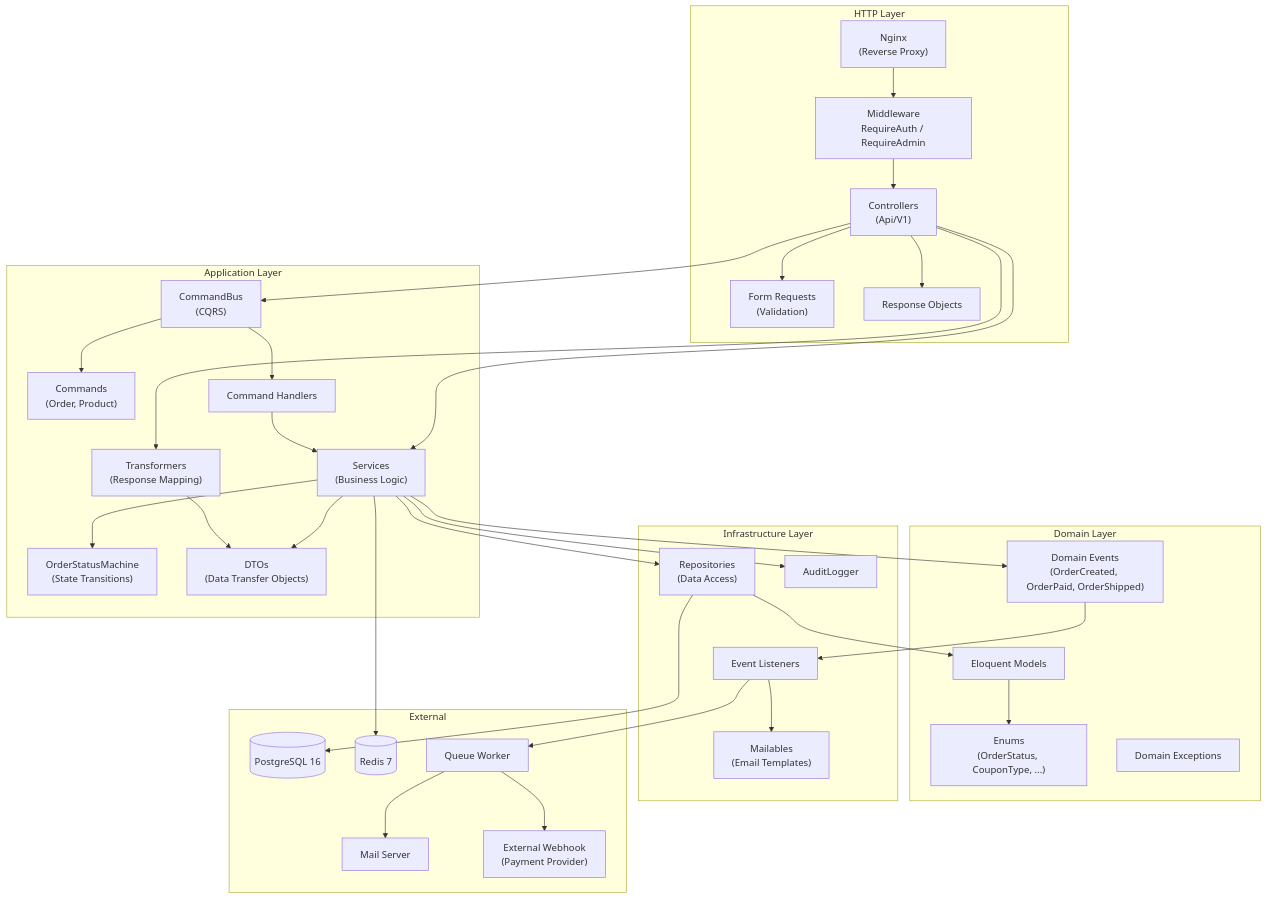
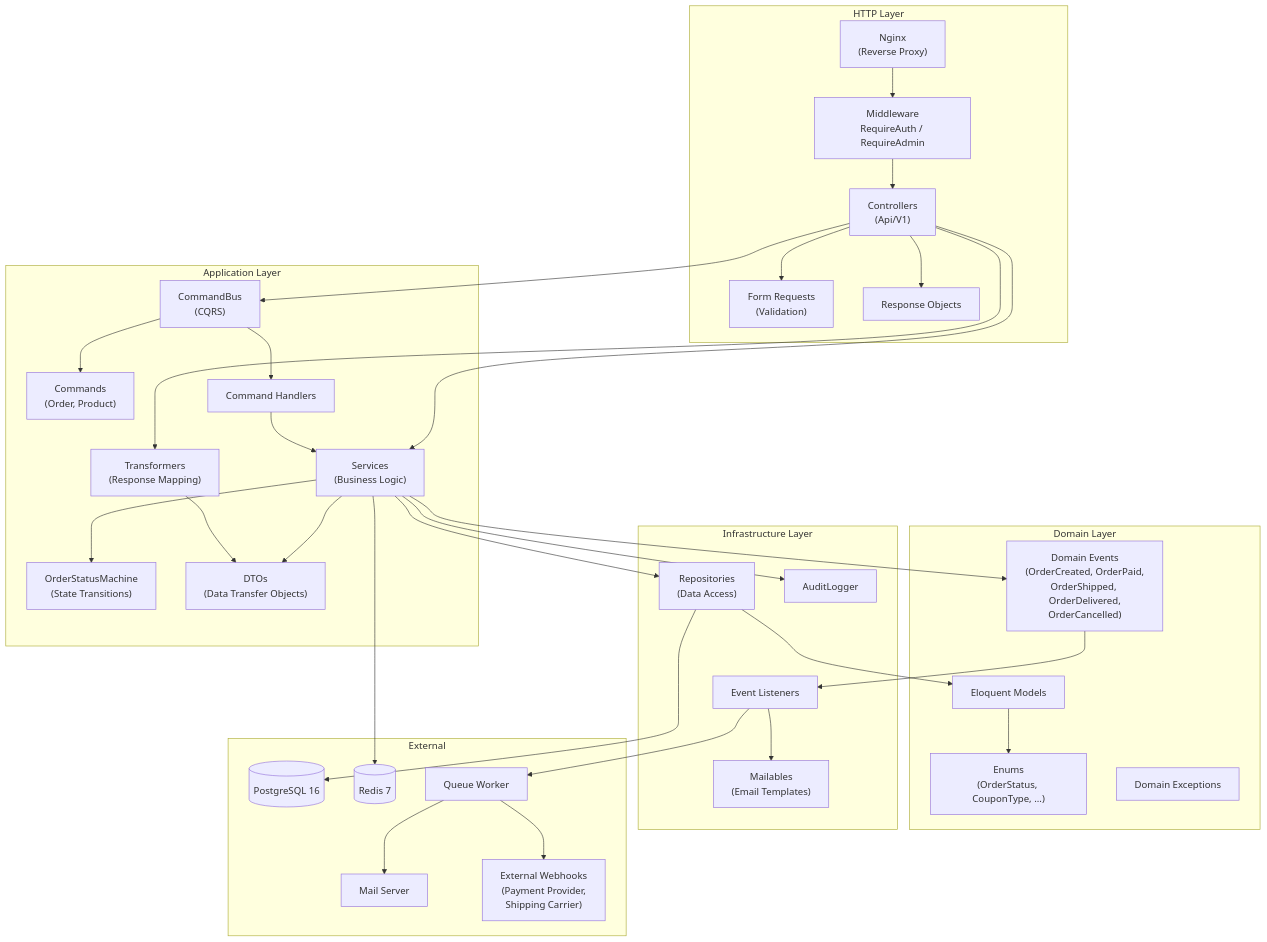
The second of 5 diagrams in docs/UML_DIAGRAMS.md (nefelitav/e-commerce-api), drawn with Mermaid before and after one commit. The commit also changed other lines of this file and 49 other files, not shown here.

````diff
--- a/docs/UML_DIAGRAMS.md
+++ b/docs/UML_DIAGRAMS.md
@@ -123,68 +123,68 @@
 ```mermaid
 graph TB
     subgraph "HTTP Layer"
         nginx["Nginx<br/>(Reverse Proxy)"]
         middleware["Middleware<br/>RequireAuth / RequireAdmin"]
         controllers["Controllers<br/>(Api/V1)"]
         requests["Form Requests<br/>(Validation)"]
         responses["Response Objects"]
     end
 
     subgraph "Application Layer"
         commandBus["CommandBus<br/>(CQRS)"]
         commands["Commands<br/>(Order, Product)"]
         handlers["Command Handlers"]
         services["Services<br/>(Business Logic)"]
         statusMachine["OrderStatusMachine<br/>(State Transitions)"]
         transformers["Transformers<br/>(Response Mapping)"]
         dtos["DTOs<br/>(Data Transfer Objects)"]
     end
 
     subgraph "Domain Layer"
         models["Eloquent Models"]
         enums["Enums<br/>(OrderStatus, CouponType, ...)"]
-        events["Domain Events<br/>(OrderCreated, OrderPaid, OrderShipped)"]
+        events["Domain Events<br/>(OrderCreated, OrderPaid,<br/>OrderShipped, OrderDelivered,<br/>OrderCancelled)"]
         exceptions["Domain Exceptions"]
     end
 
     subgraph "Infrastructure Layer"
         repositories["Repositories<br/>(Data Access)"]
         listeners["Event Listeners"]
         mail["Mailables<br/>(Email Templates)"]
         auditLogger["AuditLogger"]
     end
 
     subgraph "External"
         postgres[("PostgreSQL 16")]
         redis[("Redis 7")]
         queueWorker["Queue Worker"]
         mailServer["Mail Server"]
-        webhookEndpoint["External Webhook<br/>(Payment Provider)"]
+        webhookEndpoint["External Webhooks<br/>(Payment Provider,<br/>Shipping Carrier)"]
     end
 
     nginx --> middleware
     middleware --> controllers
     controllers --> requests
     controllers --> commandBus
     controllers --> services
     controllers --> transformers
     commandBus --> commands
     commandBus --> handlers
     handlers --> services
     services --> statusMachine
     services --> repositories
     services --> dtos
     services --> events
     services --> auditLogger
     transformers --> dtos
     repositories --> models
     models --> enums
     events --> listeners
     listeners --> mail
     listeners --> queueWorker
     queueWorker --> mailServer
     queueWorker --> webhookEndpoint
     repositories --> postgres
     services --> redis
     controllers --> responses
 ```
````
